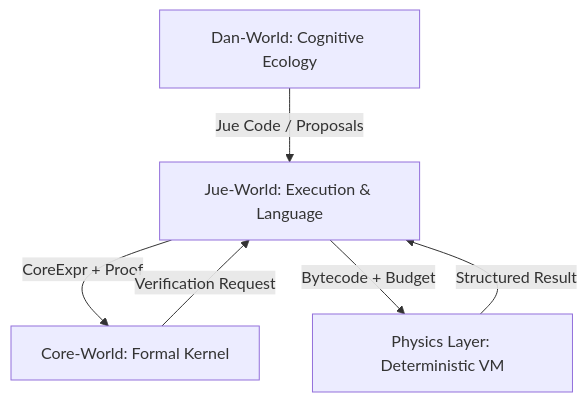
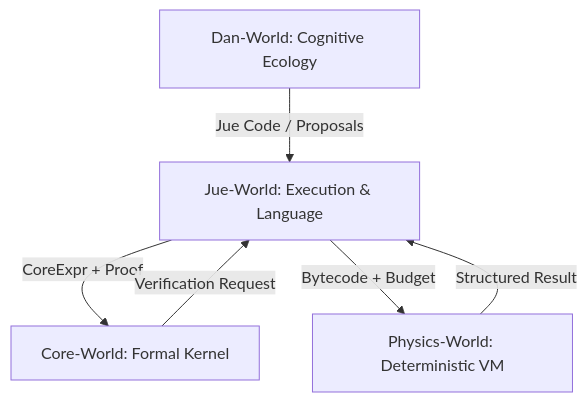
Before and after one commit to project-jue/jue: the first of 2 diagrams in .kilocode/rules/memory-bank/architecture.md, drawn with Mermaid. The commit also changed other lines of this file and 145 other files, not shown here.

````diff
--- a/.kilocode/rules/memory-bank/architecture.md
+++ b/.kilocode/rules/memory-bank/architecture.md
@@ -6,8 +6,8 @@
 ```mermaid
 graph TD
     A[Dan-World: Cognitive Ecology] -->|Jue Code / Proposals| B[Jue-World: Execution & Language]
     B -->|CoreExpr + Proof| C[Core-World: Formal Kernel]
     C -->|Verification Request| B
-    B -->|Bytecode + Budget| D[Physics Layer: Deterministic VM]
+    B -->|Bytecode + Budget| D[Physics-World: Deterministic VM]
     D -->|Structured Result| B
 ```
````
